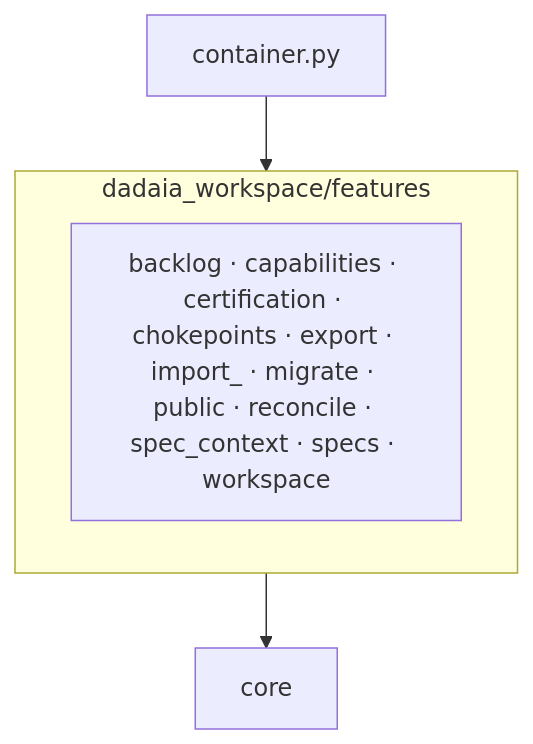
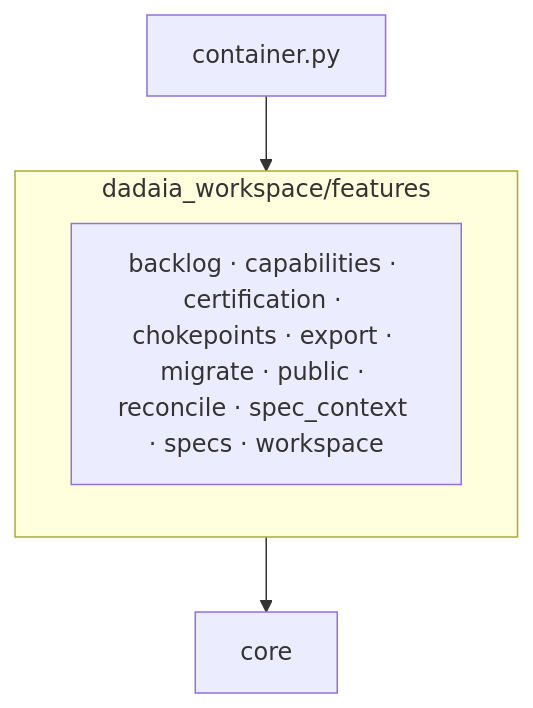
Before and after one commit to marcoaureliomenezes/dadaia-workspace: the second of 2 diagrams in specs/memory/ARCHITECTURE.md, drawn with Mermaid. The commit also changed other lines of this file and 18 other files, not shown here.

````diff
--- a/specs/memory/ARCHITECTURE.md
+++ b/specs/memory/ARCHITECTURE.md
@@ -120,8 +120,8 @@
 ```mermaid
 flowchart TB
     subgraph features["dadaia_workspace/features"]
-      pkgs["backlog · capabilities · certification · chokepoints · export · import_ · migrate · public · reconcile · spec_context · specs · workspace"]
+      pkgs["backlog · capabilities · certification · chokepoints · export · migrate · public · reconcile · spec_context · specs · workspace"]
     end
     container["container.py"] --> features
     features --> core["core"]
 ```
````
